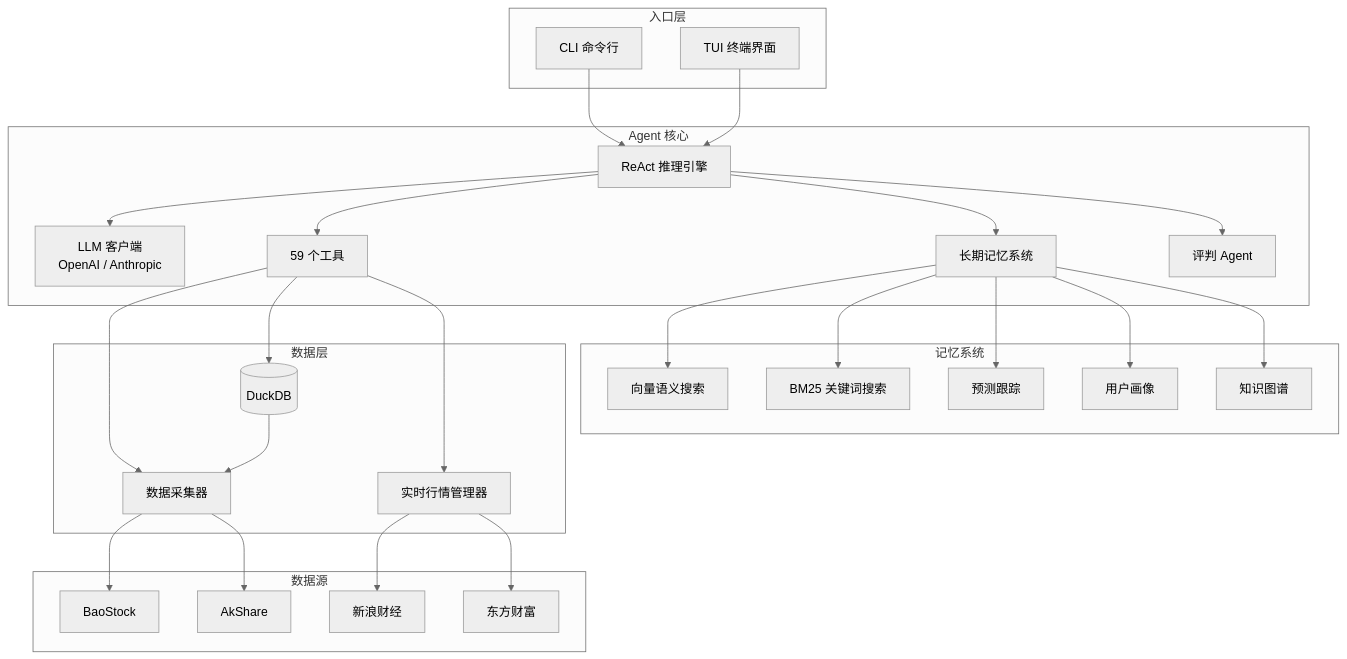
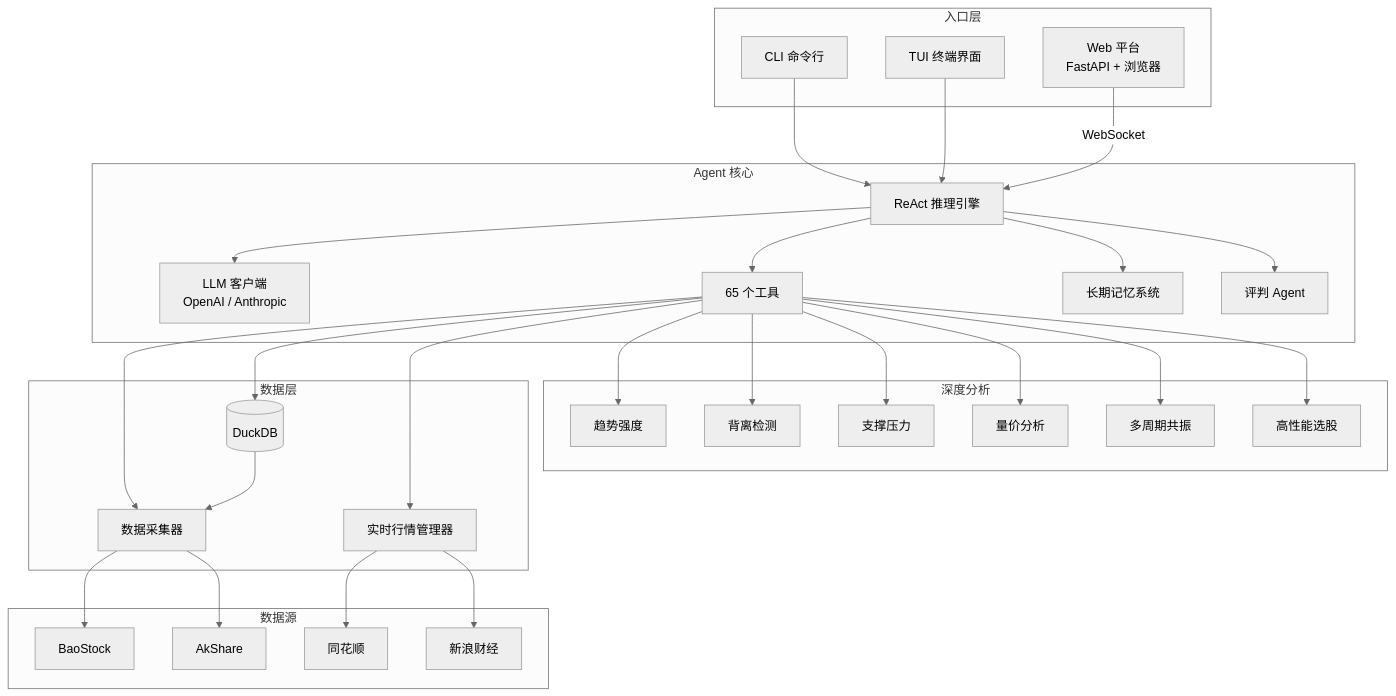
The diagram in README.md (wwyharry/DeepPulse), drawn with Mermaid (neutral theme) before and after one commit. The commit also changed other lines of this file and 217 other files, not shown here.

````diff
--- a/README.md
+++ b/README.md
@@ -35,48 +34,51 @@
 ```mermaid
 graph TB
     subgraph 入口层
         CLI[CLI 命令行]
         TUI[TUI 终端界面]
+        WEB[Web 平台<br/>FastAPI + 浏览器]
     end
 
     subgraph Agent 核心
         REACT[ReAct 推理引擎]
         CLIENT[LLM 客户端<br/>OpenAI / Anthropic]
-        TOOLS[59 个工具]
+        TOOLS[65 个工具]
         MEMORY[长期记忆系统]
         JUDGE[评判 Agent]
     end
 
-    subgraph 记忆系统
-        EMB[向量语义搜索]
-        BM25S[BM25 关键词搜索]
-        PRED[预测跟踪]
-        PROF[用户画像]
-        KG[知识图谱]
+    subgraph 深度分析
+        TREND[趋势强度]
+        DIV[背离检测]
+        SR[支撑压力]
+        VP[量价分析]
+        CONF[多周期共振]
+        SCREEN[高性能选股]
     end
 
     subgraph 数据层
         DB[(DuckDB)]
         COLLECT[数据采集器]
         REALTIME[实时行情管理器]
     end
 
     subgraph 数据源
         BS[BaoStock]
         AK[AkShare]
+        THS[同花顺]
         SINA[新浪财经]
-        EM[东方财富]
     end
 
     CLI --> REACT
     TUI --> REACT
+    WEB -->|WebSocket| REACT
     REACT --> CLIENT
     REACT --> TOOLS
     REACT --> MEMORY
     REACT --> JUDGE
-    MEMORY --> EMB & BM25S & PRED & PROF & KG
+    TOOLS --> TREND & DIV & SR & VP & CONF & SCREEN
     TOOLS --> DB & REALTIME & COLLECT
     COLLECT --> BS & AK
-    REALTIME --> SINA & EM
+    REALTIME --> SINA & THS
     DB --> COLLECT
 ```
````
